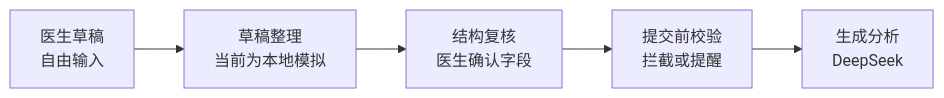
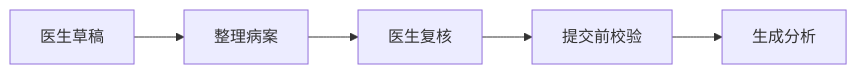
Before and after one commit to chiaweiwoo/tcm-diagnosis: the first of 2 diagrams in README.md, drawn with Mermaid. The commit also changed other lines of this file and 7 other files, not shown here.

````diff
--- a/README.md
+++ b/README.md
@@ -15,7 +22,7 @@
 ```mermaid
 flowchart LR
-    D["医生草稿\n自由输入"] --> O["草稿整理\n当前为本地模拟"]
-    O --> R["结构复核\n医生确认字段"]
-    R --> V["提交前校验\n拦截或提醒"]
-    V --> A["生成分析\nDeepSeek"]
+    D["医生草稿"] --> O["整理病案"]
+    O --> R["医生复核"]
+    R --> V["提交前校验"]
+    V --> A["生成分析"]
 ```
````
